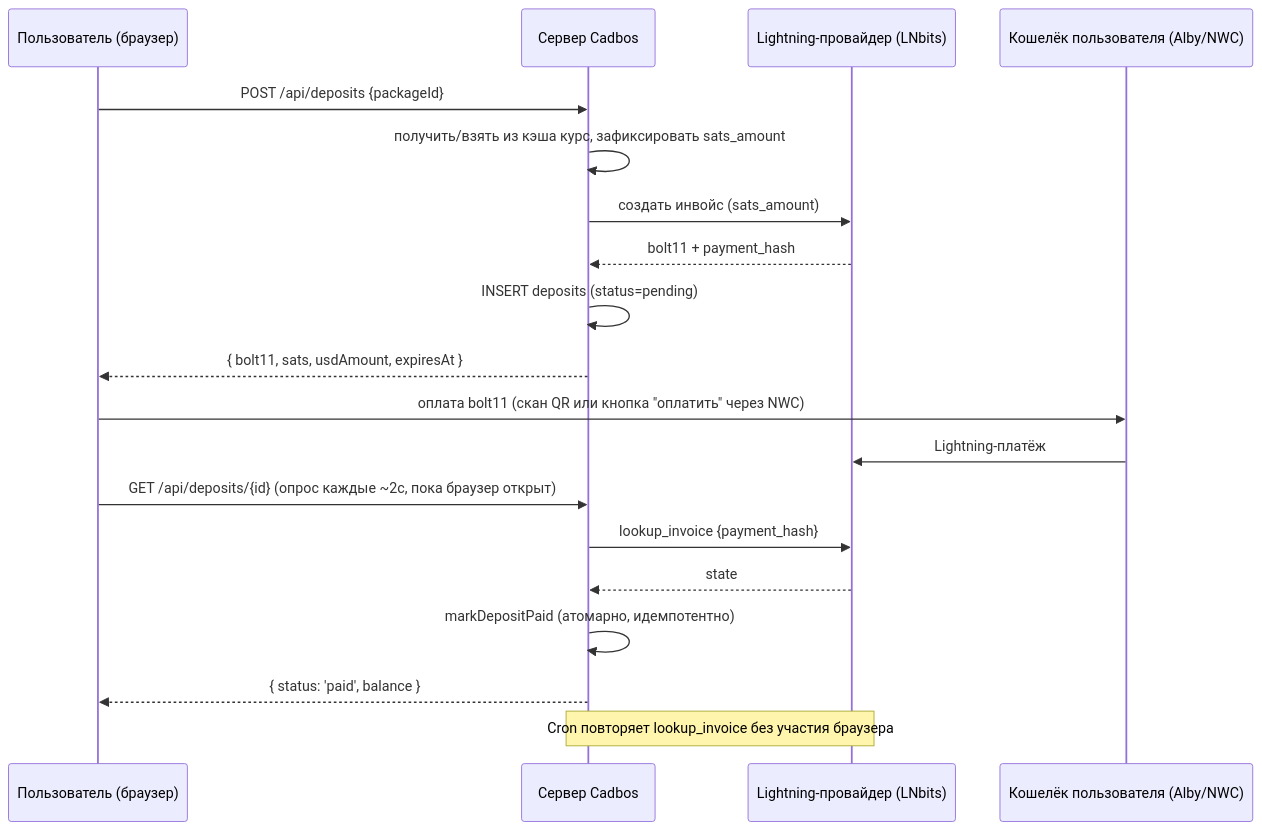
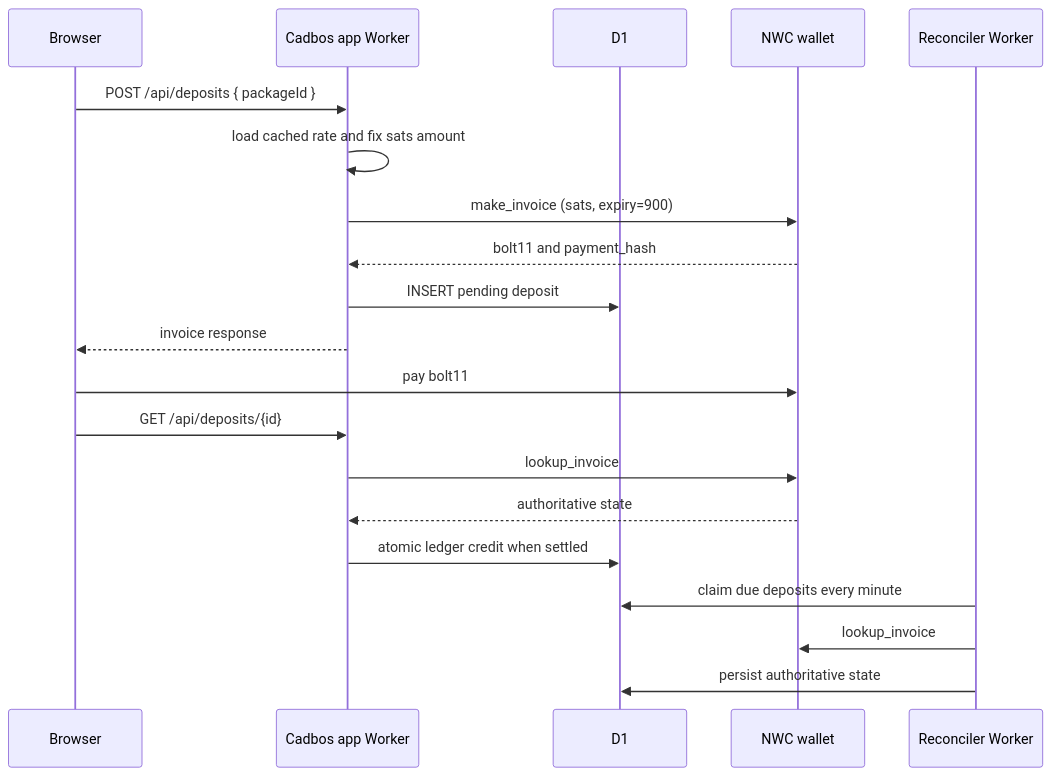
One commit to cadbos/CadbosUI changed the diagram in payments-lightning-sats.md. Above: the diagram before and after it, drawn with Mermaid. The commit also changed other lines of this file and 10 other files, not shown here.

````diff
--- a/payments-lightning-sats.md
+++ b/payments-lightning-sats.md
@@ -192,22 +107,23 @@
 ```mermaid
 sequenceDiagram
-    participant U as Пользователь (браузер)
-    participant C as Сервер Cadbos
-    participant LN as Lightning-провайдер (LNbits)
-    participant W as Кошелёк пользователя (Alby/NWC)
+    participant U as Browser
+    participant A as Cadbos app Worker
+    participant D as D1
+    participant N as NWC wallet
+    participant C as Reconciler Worker
 
-    U->>C: POST /api/deposits {packageId}
-    C->>C: получить/взять из кэша курс, зафиксировать sats_amount
-    C->>LN: создать инвойс (sats_amount)
-    LN-->>C: bolt11 + payment_hash
-    C->>C: INSERT deposits (status=pending)
-    C-->>U: { bolt11, sats, usdAmount, expiresAt }
-    U->>W: оплата bolt11 (скан QR или кнопка "оплатить" через NWC)
-    W->>LN: Lightning-платёж
-    U->>C: GET /api/deposits/{id} (опрос каждые ~2с, пока браузер открыт)
-    C->>LN: lookup_invoice {payment_hash}
-    LN-->>C: state
-    C->>C: markDepositPaid (атомарно, идемпотентно)
-    C-->>U: { status: 'paid', balance }
-    Note over C,LN: Cron повторяет lookup_invoice без участия браузера
+    U->>A: POST /api/deposits { packageId }
+    A->>A: load cached rate and fix sats amount
+    A->>N: make_invoice (sats, expiry=900)
+    N-->>A: bolt11 and payment_hash
+    A->>D: INSERT pending deposit
+    A-->>U: invoice response
+    U->>N: pay bolt11
+    U->>A: GET /api/deposits/{id}
+    A->>N: lookup_invoice
+    N-->>A: authoritative state
+    A->>D: atomic ledger credit when settled
+    C->>D: claim due deposits every minute
+    C->>N: lookup_invoice
+    C->>D: persist authoritative state
 ```
````
